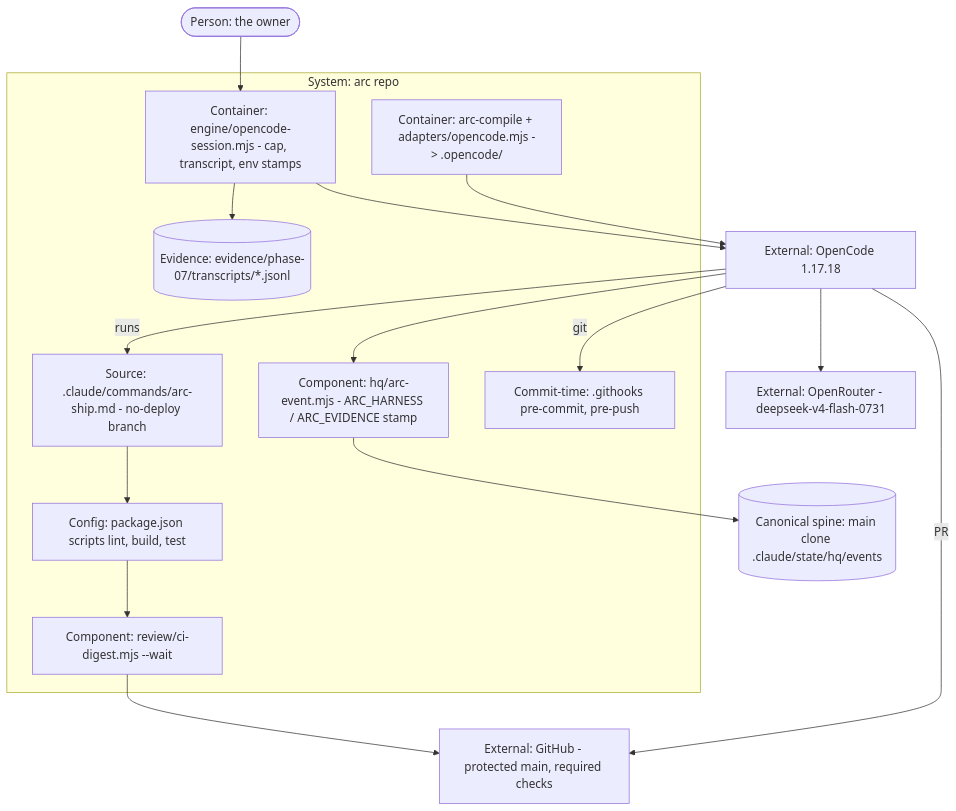
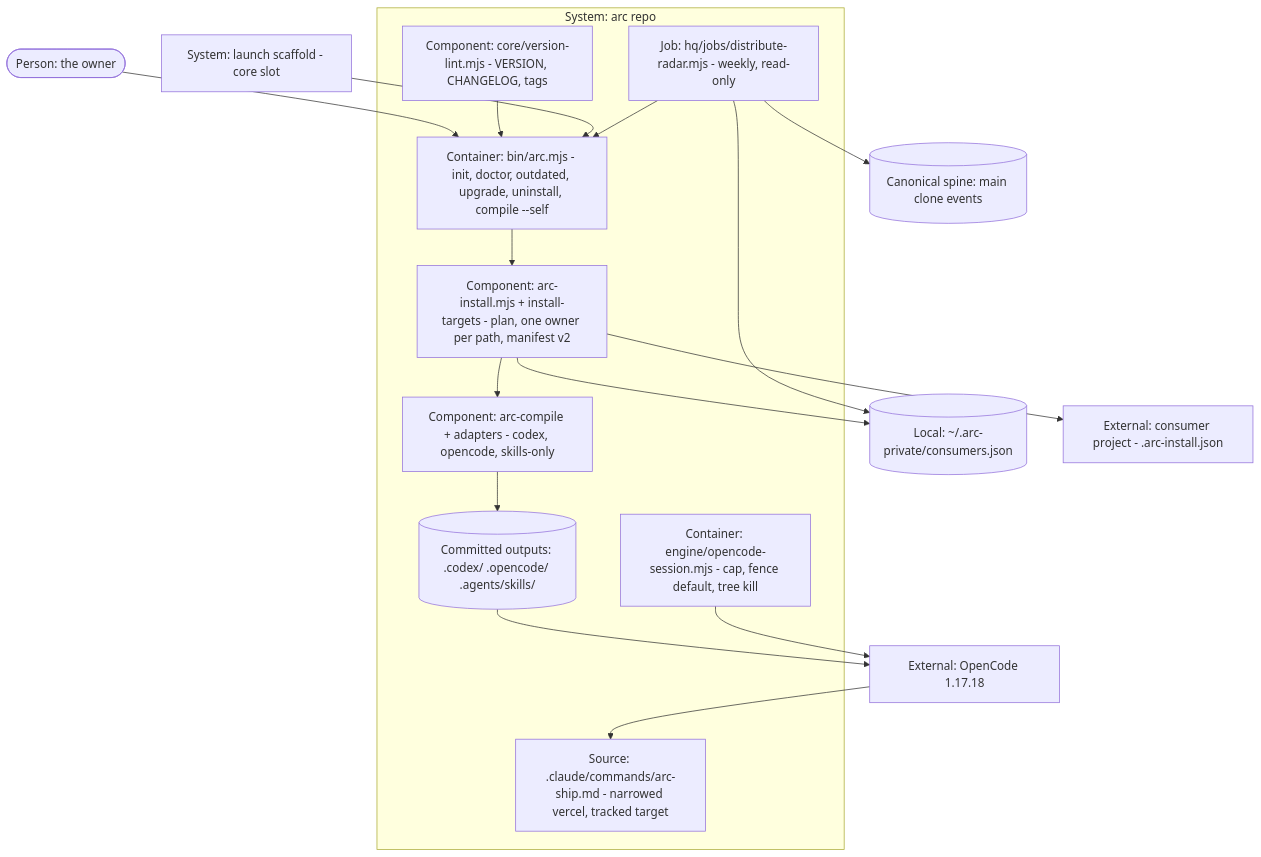
One commit to technology-ashiq/arc changed the diagram in initiatives/distribute/PLAN.md. Above: the diagram before and after it, drawn with Mermaid. The commit also changed other lines of this file and 11 other files, not shown here.

Commit message:
docs(distribute): Cycle 3 kickoff -- PLAN, phases 08-10, ADR-2023..2027 (zero-step access + lifecycle)

````diff
--- a/initiatives/distribute/PLAN.md
+++ b/initiatives/distribute/PLAN.md
@@ -64,27 +69,32 @@
 ```mermaid
 flowchart TB
   owner([Person: the owner])
   subgraph arc [System: arc repo]
-    wrap[Container: engine/opencode-session.mjs - cap, transcript, env stamps]
-    emit[Component: hq/arc-event.mjs - ARC_HARNESS / ARC_EVIDENCE stamp]
-    ship[Source: .claude/commands/arc-ship.md - no-deploy branch]
-    pkg[Config: package.json scripts lint, build, test]
-    digest[Component: review/ci-digest.mjs --wait]
-    render[Container: arc-compile + adapters/opencode.mjs -> .opencode/]
-    githooks[Commit-time: .githooks pre-commit, pre-push]
-    tx[(Evidence: evidence/phase-07/transcripts/*.jsonl)]
+    cli[Container: bin/arc.mjs - init, doctor, outdated, upgrade, uninstall, compile --self]
+    inst[Component: arc-install.mjs + install-targets - plan, one owner per path, manifest v2]
+    render[Component: arc-compile + adapters - codex, opencode, skills-only]
+    self[(Committed outputs: .codex/ .opencode/ .agents/skills/)]
+    ver[Component: core/version-lint.mjs - VERSION, CHANGELOG, tags]
+    wrap[Container: engine/opencode-session.mjs - cap, fence default, tree kill]
+    ship[Source: .claude/commands/arc-ship.md - narrowed vercel, tracked target]
+    radar[Job: hq/jobs/distribute-radar.mjs - weekly, read-only]
   end
-  spine[(Canonical spine: main clone .claude/state/hq/events)]
+  reg[(Local: ~/.arc-private/consumers.json)]
+  proj[External: consumer project - .arc-install.json]
+  launch[System: launch scaffold - core slot]
+  spine[(Canonical spine: main clone events)]
   oc[External: OpenCode 1.17.18]
-  or[External: OpenRouter - deepseek-v4-flash-0731]
-  gh[External: GitHub - protected main, required checks]
-  owner --> wrap
-  wrap --> oc --> or
-  render --> oc
-  oc -->|runs| ship
-  ship --> pkg --> digest --> gh
-  oc --> emit --> spine
-  wrap --> tx
-  oc -->|git| githooks
-  oc -->|PR| gh
+  owner --> cli
+  cli --> inst --> render
+  render --> self
+  self --> oc
+  inst --> proj
+  inst --> reg
+  ver --> cli
+  launch --> cli
+  radar --> reg
+  radar --> cli
+  radar --> spine
+  wrap --> oc
+  oc --> ship
 ```
````
